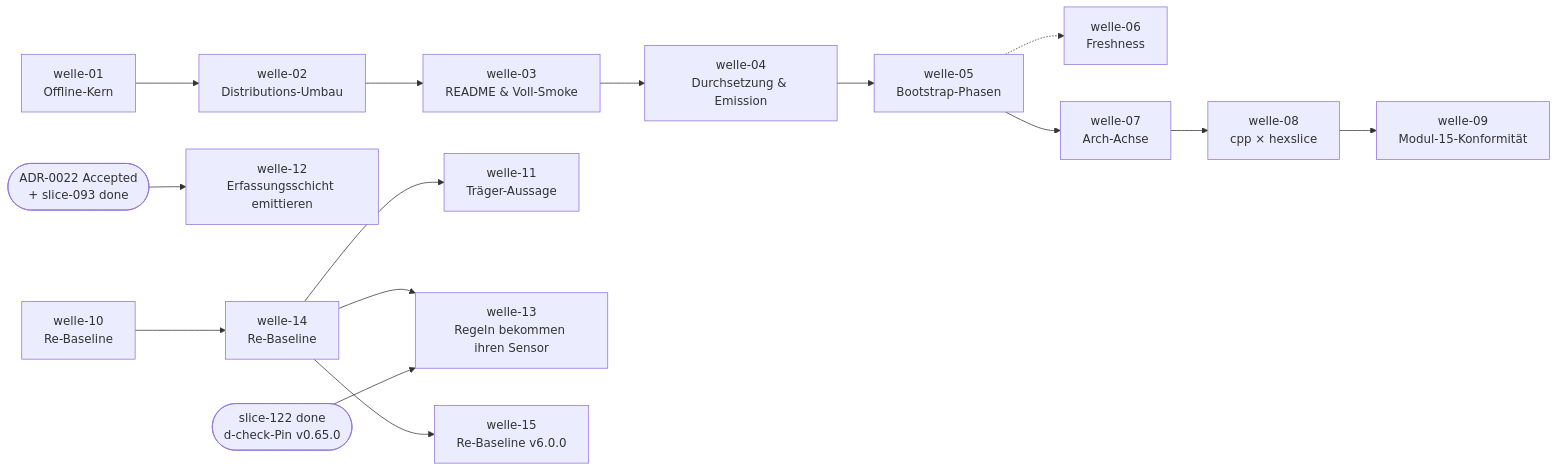
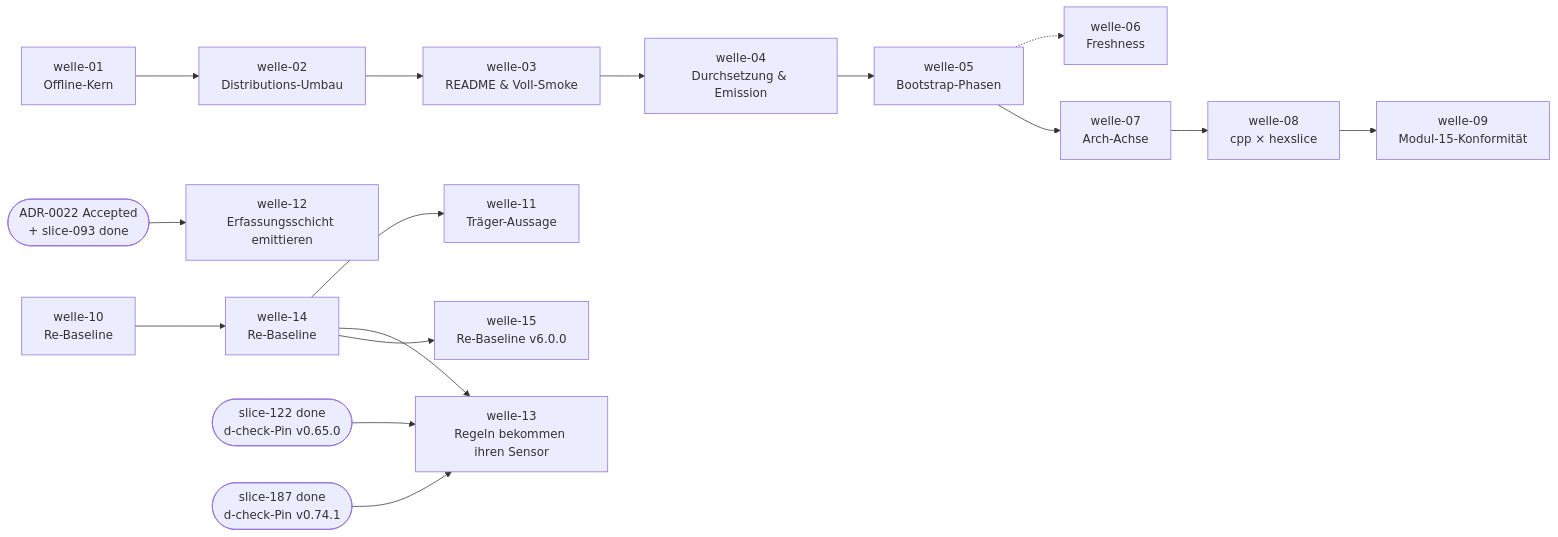
One commit to pt9912/ai-harness-init changed the diagram in docs/plan/planning/in-progress/roadmap.md. Above: the diagram before and after it, drawn with Mermaid. The commit also changed other lines of this file and 1 other file, not shown here.

````diff
--- a/docs/plan/planning/in-progress/roadmap.md
+++ b/docs/plan/planning/in-progress/roadmap.md
@@ -85,28 +85,29 @@
 ```mermaid
 flowchart LR
     W1[welle-01<br/>Offline-Kern]
     W2[welle-02<br/>Distributions-Umbau]
     W3[welle-03<br/>README & Voll-Smoke]
     W4[welle-04<br/>Durchsetzung & Emission]
     W5[welle-05<br/>Bootstrap-Phasen]
     W6[welle-06<br/>Freshness]
     W7[welle-07<br/>Arch-Achse]
     W8[welle-08<br/>cpp × hexslice]
     W9[welle-09<br/>Modul-15-Konformität]
     W10[welle-10<br/>Re-Baseline]
     W11[welle-11<br/>Träger-Aussage]
     W12[welle-12<br/>Erfassungsschicht emittieren]
     W13[welle-13<br/>Regeln bekommen ihren Sensor]
     W14[welle-14<br/>Re-Baseline]
     W15[welle-15<br/>Re-Baseline v6.0.0]
     W1 --> W2 --> W3 --> W4 --> W5
     W5 -.-> W6
     W5 --> W7 --> W8
     W8 --> W9
     W10 --> W14
     W14 --> W11
     W14 --> W13
     W14 --> W15
     S122([slice-122 done<br/>d-check-Pin v0.65.0]) --> W13
+    S187([slice-187 done<br/>d-check-Pin v0.74.1]) --> W13
     A0022([ADR-0022 Accepted<br/>+ slice-093 done]) --> W12
 ```
````
